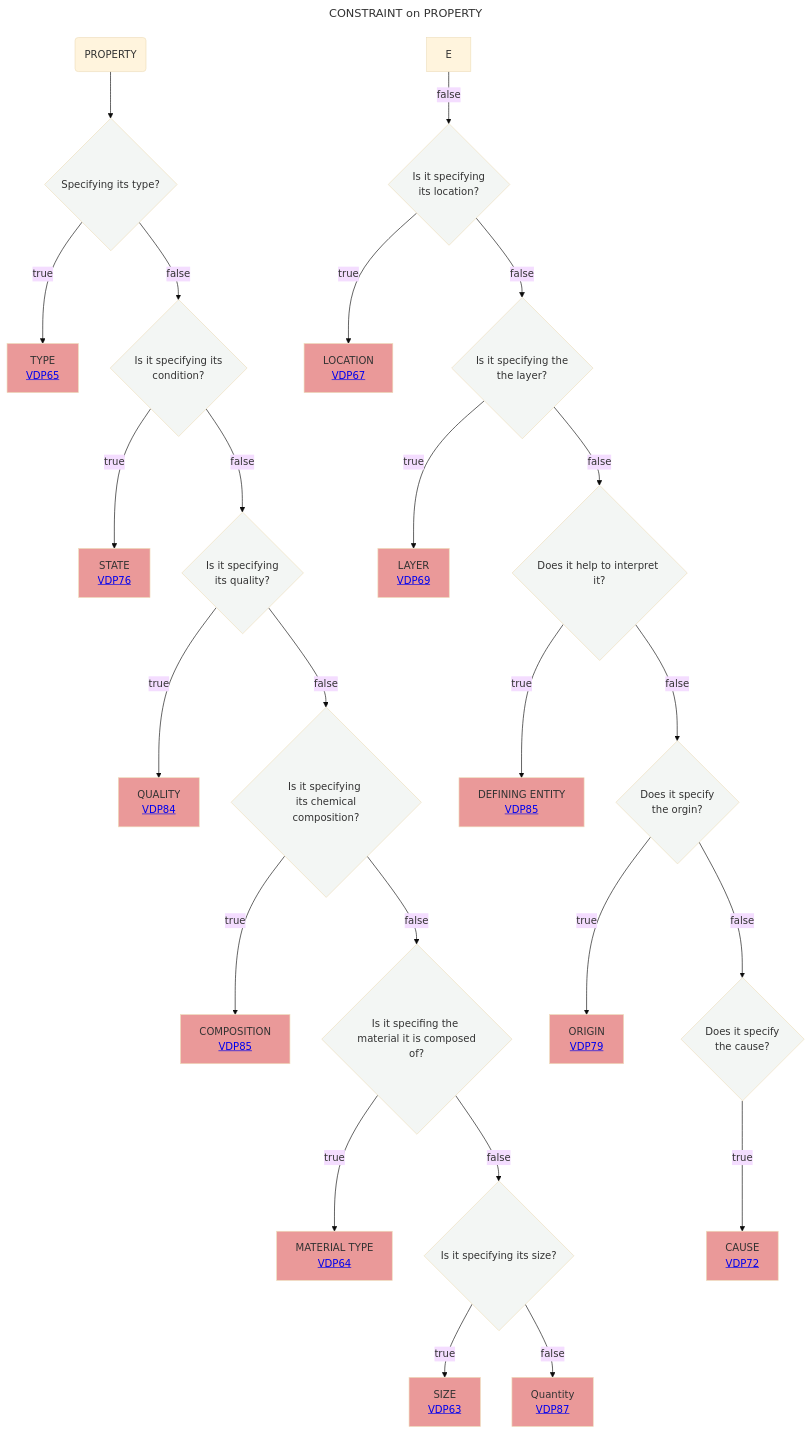
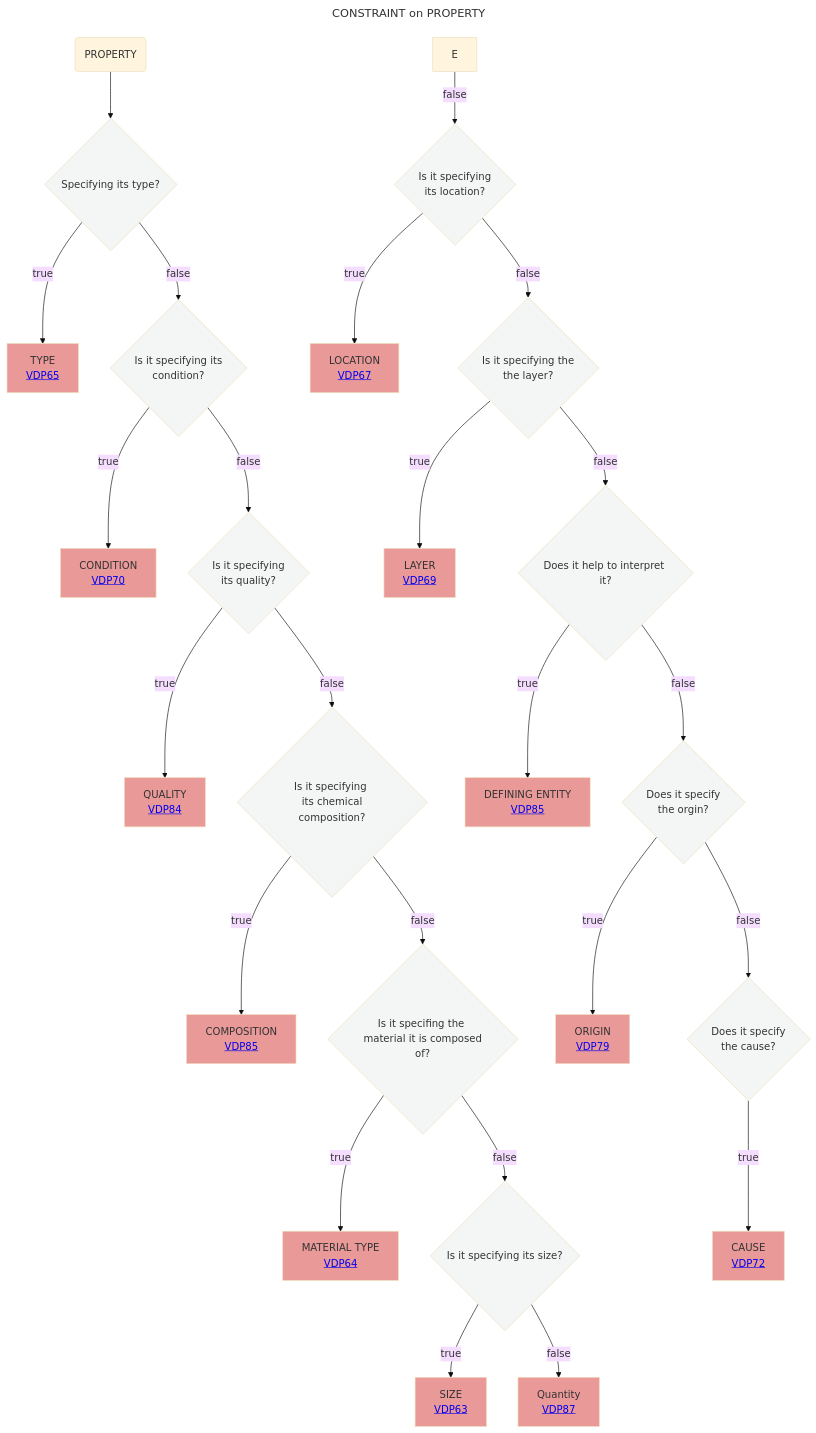
One commit to mabablue/I-ADOPT-patterns-playground changed the diagram in Decisition_trees/DT9.mmd. Above: the diagram before and after it, drawn with Mermaid (base theme).

```diff
--- a/Decisition_trees/DT9.mmd
+++ b/Decisition_trees/DT9.mmd
@@ -1,32 +1,32 @@
 ---
 title: CONSTRAINT on PROPERTY
 ---
 flowchart TD
     A(PROPERTY)  --> B{Specifying its type?}:::white
     B --> |true|C[TYPE <br> <a href='https://github.com/mabablue/I-ADOPT-patterns-playground/blob/main/pattern/VDP65.yaml'>VDP65</a>]:::rose
     B --> |false|G{Is it specifying its <br> condition?}:::white
     E --> |false|R{Is it specifying <br> its location?}:::white
-    G --> |true|H[STATE <br> <a href='https://github.com/mabablue/I-ADOPT-patterns-playground/blob/main/pattern/VDP76.yaml'>VDP76</a>]:::rose
+    G --> |true|H[CONDITION <br> <a href='https://github.com/mabablue/I-ADOPT-patterns-playground/blob/main/pattern/VDP70.yaml'>VDP70</a>]:::rose
     G --> |false|I{Is it specifying <br> its quality?}:::white
     I --> |true|K[QUALITY <br> <a href='https://github.com/mabablue/I-ADOPT-patterns-playground/blob/main/pattern/VDP84.yaml'>VDP84</a>]:::rose
     I --> |false|L{Is it specifying <br> its chemical composition?}:::white
     L --> |true|M[COMPOSITION <br> <a href='https://github.com/mabablue/I-ADOPT-patterns-playground/blob/main/pattern/VDP85.yaml'>VDP85</a>]:::rose
     L --> |false|N{Is it specifing the <br> material it is composed of?}:::white
     N --> |true|O[MATERIAL TYPE <br> <a href='https://github.com/mabablue/I-ADOPT-patterns-playground/blob/main/pattern/VDP64.yaml'>VDP64</a>]:::rose
     N --> |false|P{Is it specifying its size?}:::white
     P --> |true|Q[SIZE <br> <a href='https://github.com/mabablue/I-ADOPT-patterns-playground/blob/main/pattern/VDP63.yaml'>VDP63</a>]:::rose
     P --> |false|QR[Quantity <br> <a href='https://github.com/mabablue/I-ADOPT-patterns-playground/blob/main/pattern/VDP87.yaml'>VDP87</a>]:::rose 
     R --> |true|S[LOCATION <br> <a href='https://github.com/mabablue/I-ADOPT-patterns-playground/blob/main/pattern/VDP67.yaml'>VDP67</a>]:::rose 
     R --> |false|T{Is it specifying the <br> the layer?}:::white
     T --> |true|U[LAYER <br> <a href='https://github.com/mabablue/I-ADOPT-patterns-playground/blob/main/pattern/VDP69.yaml'>VDP69</a>]:::rose
     T --> |false|V{Does it help to interpret it?}:::white
     V --> |true|W[DEFINING ENTITY <br> <a href='https://github.com/mabablue/I-ADOPT-patterns-playground/blob/main/pattern/VDP85.yaml'>VDP85</a>]:::rose
     V --> |false|VW{Does it specify <br> the orgin?}:::white
     VW --> |true|WV[ORIGIN <br> <a href='https://github.com/mabablue/I-ADOPT-patterns-playground/blob/main/pattern/VDP79.yaml'>VDP79</a>]:::rose
     VW --> |false|X{Does it specify <br> the cause?}:::white
     X --> |true|Y[CAUSE <br> <a href='https://github.com/mabablue/I-ADOPT-patterns-playground/blob/main/pattern/VDP72.yaml'>VDP72</a>]:::rose
    classDef blue fill:#90D5FF
    classDef satblue fill:#57B9FF 
    classDef white fill:#f3f6f4
    classDef green fill:#6aa84f
    classDef rose fill:#ea9999
```
